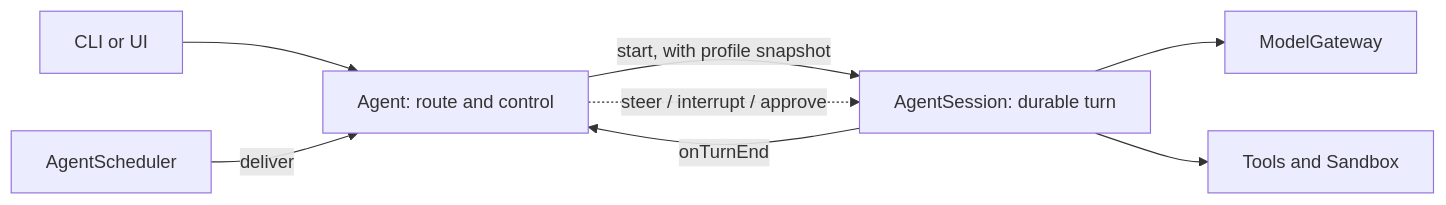
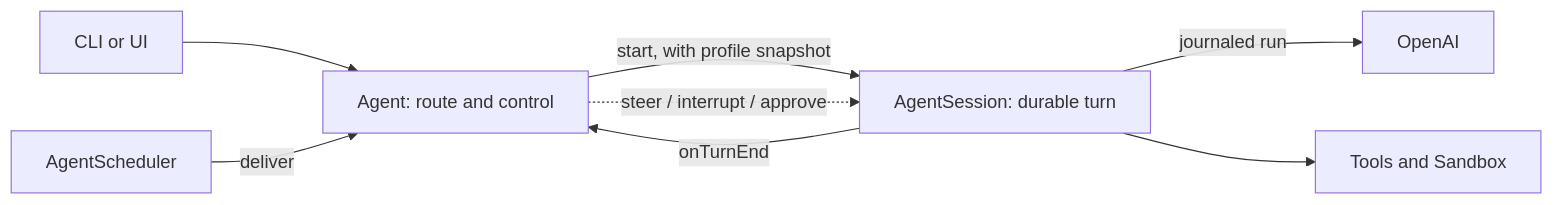
The diagram in README.md (restatedev/agent), drawn with Mermaid before and after one commit. The commit also changed other lines of this file and 25 other files, not shown here.

First line of the commit message:
Run model inference inside the turn instead of ModelGateway

````diff
--- a/README.md
+++ b/README.md
@@ -85,10 +83,10 @@
 ```mermaid
 flowchart LR
   Client[CLI or UI] --> Agent[Agent: route and control]
   Agent -->|start, with profile snapshot| Session[AgentSession: durable turn]
   Agent -.->|steer / interrupt / approve| Session
-  Session --> Model[ModelGateway]
+  Session -->|journaled run| Model[OpenAI]
   Session --> Tools[Tools and Sandbox]
   Session -->|onTurnEnd| Agent
   Scheduler[AgentScheduler] -->|deliver| Agent
 ```
````
